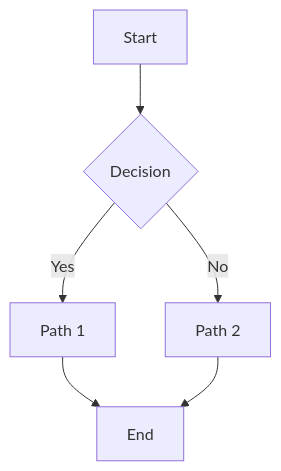
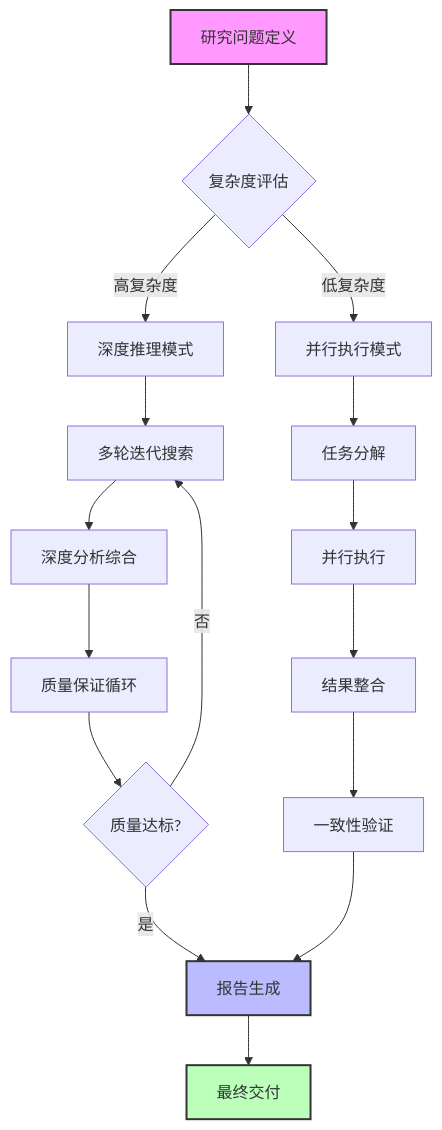
One commit to alishangtian/proteus-ai changed the first of 3 diagrams in proteus/docker/volumes/agent/skills/deep-research/references/visualization_guide.md. Above: the diagram before and after it, drawn with Mermaid. The commit also changed other lines of this file and 744 other files, not shown here.

````diff
--- a/proteus/docker/volumes/agent/skills/deep-research/references/visualization_guide.md
+++ b/proteus/docker/volumes/agent/skills/deep-research/references/visualization_guide.md
@@ -53,8 +360,25 @@
 ```mermaid
 graph TD
-    A[Start] --> B{Decision}
-    B -->|Yes| C[Path 1]
-    B -->|No| D[Path 2]
-    C --> E[End]
-    D --> E
+    A[研究问题定义] --> B{复杂度评估}
+    B -->|高复杂度| C[深度推理模式]
+    B -->|低复杂度| D[并行执行模式]
+    
+    C --> E[多轮迭代搜索]
+    E --> F[深度分析综合]
+    F --> G[质量保证循环]
+    G --> H{质量达标?}
+    H -->|是| I[报告生成]
+    H -->|否| E
+    
+    D --> J[任务分解]
+    J --> K[并行执行]
+    K --> L[结果整合]
+    L --> M[一致性验证]
+    M --> I
+    
+    I --> N[最终交付]
+    
+    style A fill:#f9f,stroke:#333,stroke-width:2px
+    style I fill:#bbf,stroke:#333,stroke-width:2px
+    style N fill:#bfb,stroke:#333,stroke-width:2px
 ```
````
